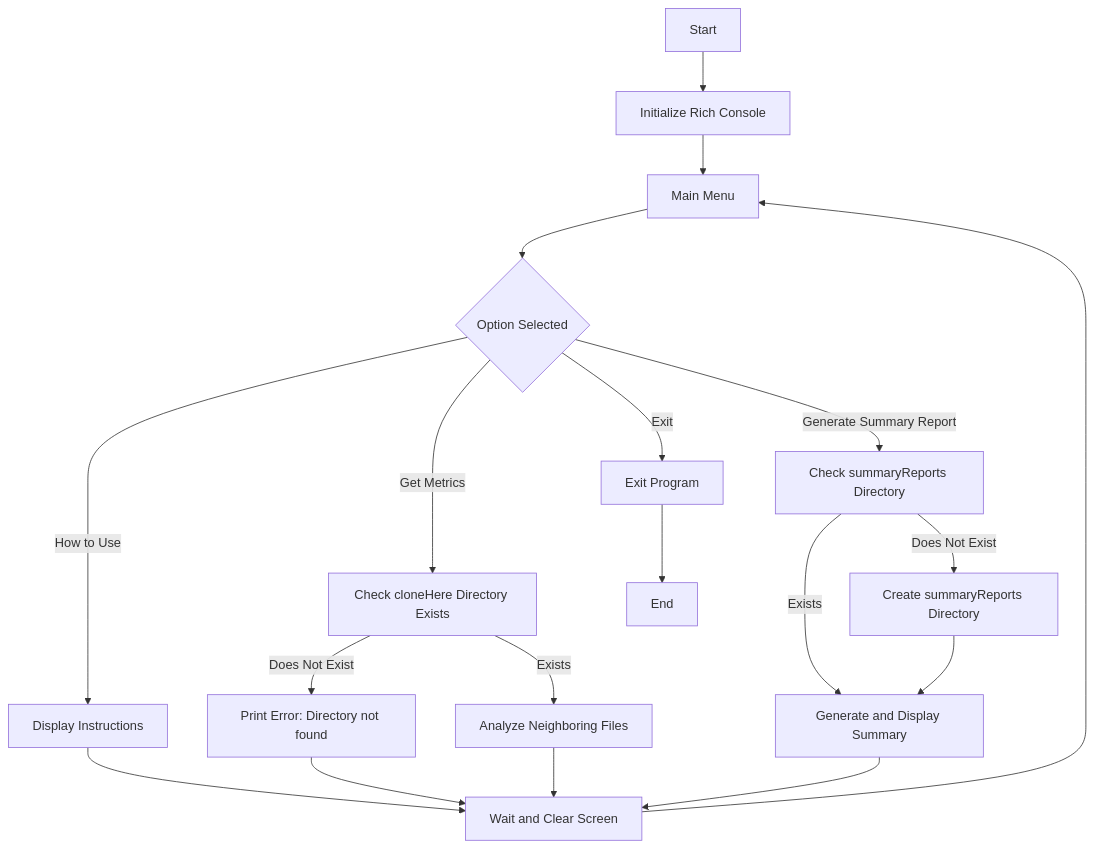
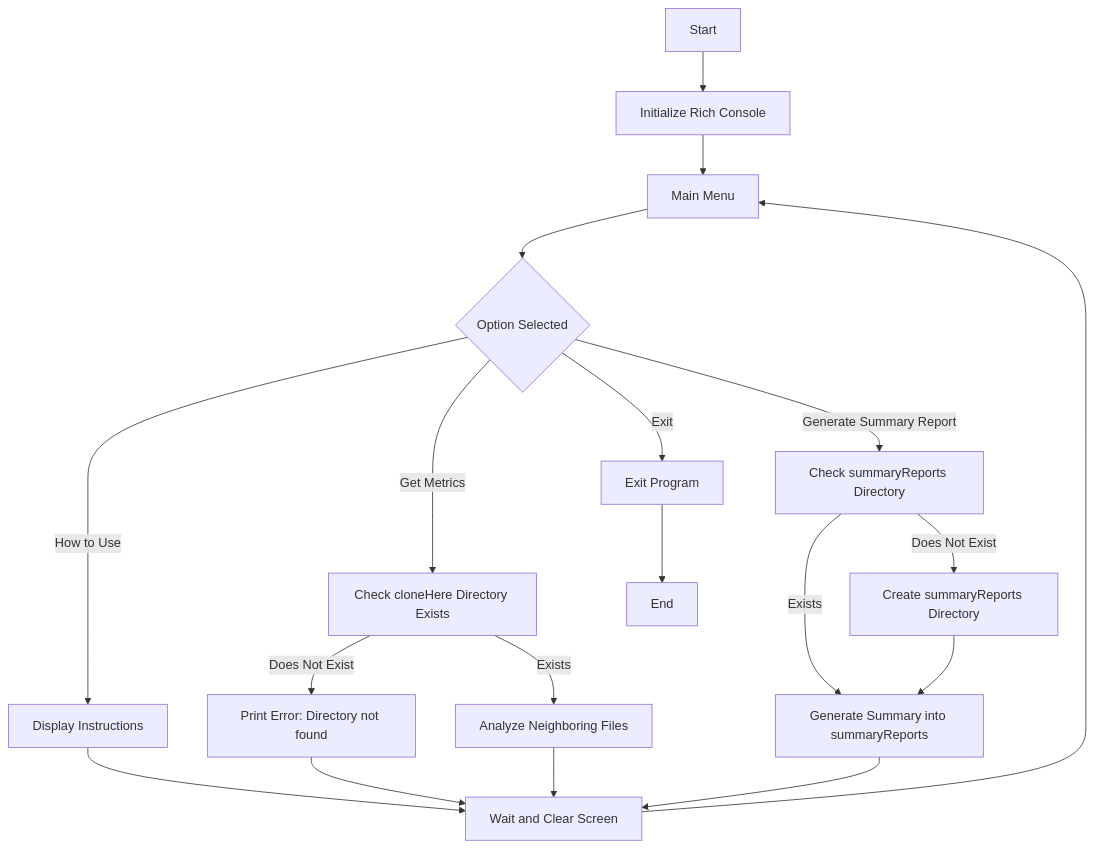
One commit to kendalllcs/CMTT changed the diagram in README.md. Above: the diagram before and after it, drawn with Mermaid.

````diff
--- a/README.md
+++ b/README.md
@@ -35,20 +35,20 @@
 ```mermaid
 flowchart TD;
     A[Start] --> B[Initialize Rich Console]
     B --> C[Main Menu]
     C --> D{Option Selected}
     D -->|How to Use| E[Display Instructions]
     D -->|Get Metrics| F1[Check cloneHere Directory Exists]
     F1 -->|Exists| F[Analyze Neighboring Files]
     F1 -->|Does Not Exist| F2[Print Error: Directory not found]
     D -->|Generate Summary Report| G1[Check summaryReports Directory]
-    G1 -->|Exists| G[Generate and Display Summary]
+    G1 -->|Exists| G[Generate Summary into summaryReports]
     G1 -->|Does Not Exist| G2[Create summaryReports Directory]
     G2 --> G
     D -->|Exit| H[Exit Program]
     E --> I[Wait and Clear Screen] --> C
     F2 --> I
     F --> I
     G --> I
     H --> J[End]
 ```
````
